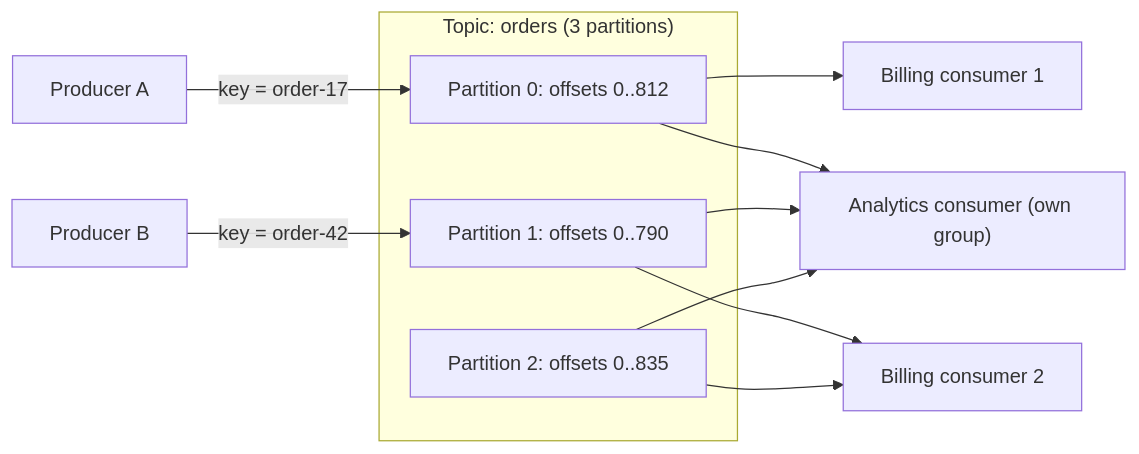
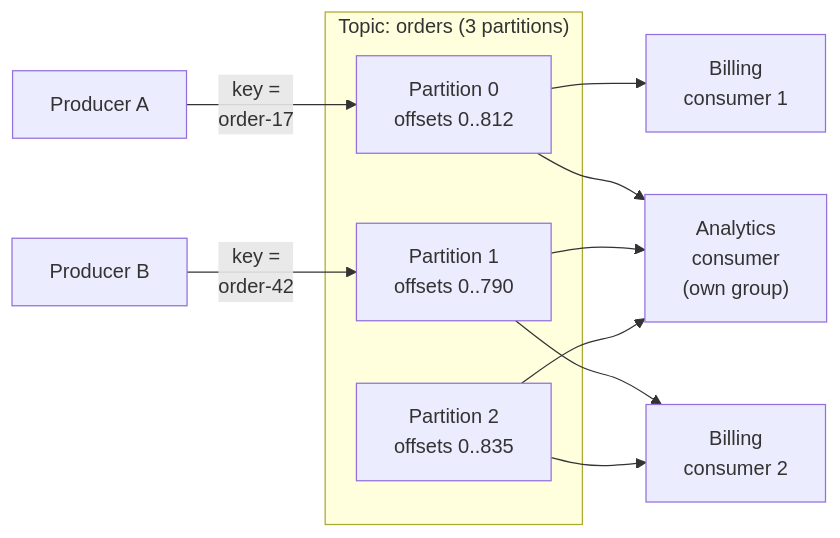
The first of 2 diagrams in src/content/docs/async/event-streaming.mdx (butyavk/system-design), drawn with Mermaid before and after one commit. The commit also changed other lines of this file and 144 other files, not shown here.

````diff
--- a/src/content/docs/async/event-streaming.mdx
+++ b/src/content/docs/async/event-streaming.mdx
@@ -26,13 +26,13 @@
 ```mermaid
 flowchart LR
-  p1["Producer A"] -->|"key = order-17"| t0
-  p2["Producer B"] -->|"key = order-42"| t1
+  p1["Producer A"] -->|"key =<br/>order-17"| t0
+  p2["Producer B"] -->|"key =<br/>order-42"| t1
   subgraph topic["Topic: orders (3 partitions)"]
-    t0["Partition 0: offsets 0..812"]
-    t1["Partition 1: offsets 0..790"]
-    t2["Partition 2: offsets 0..835"]
+    t0["Partition 0<br/>offsets 0..812"]
+    t1["Partition 1<br/>offsets 0..790"]
+    t2["Partition 2<br/>offsets 0..835"]
   end
-  t0 --> c1["Billing consumer 1"]
-  t1 & t2 --> c2["Billing consumer 2"]
-  t0 & t1 & t2 --> a1["Analytics consumer (own group)"]
+  t0 --> c1["Billing<br/>consumer 1"]
+  t1 & t2 --> c2["Billing<br/>consumer 2"]
+  t0 & t1 & t2 --> a1["Analytics<br/>consumer<br/>(own group)"]
 ```
````
